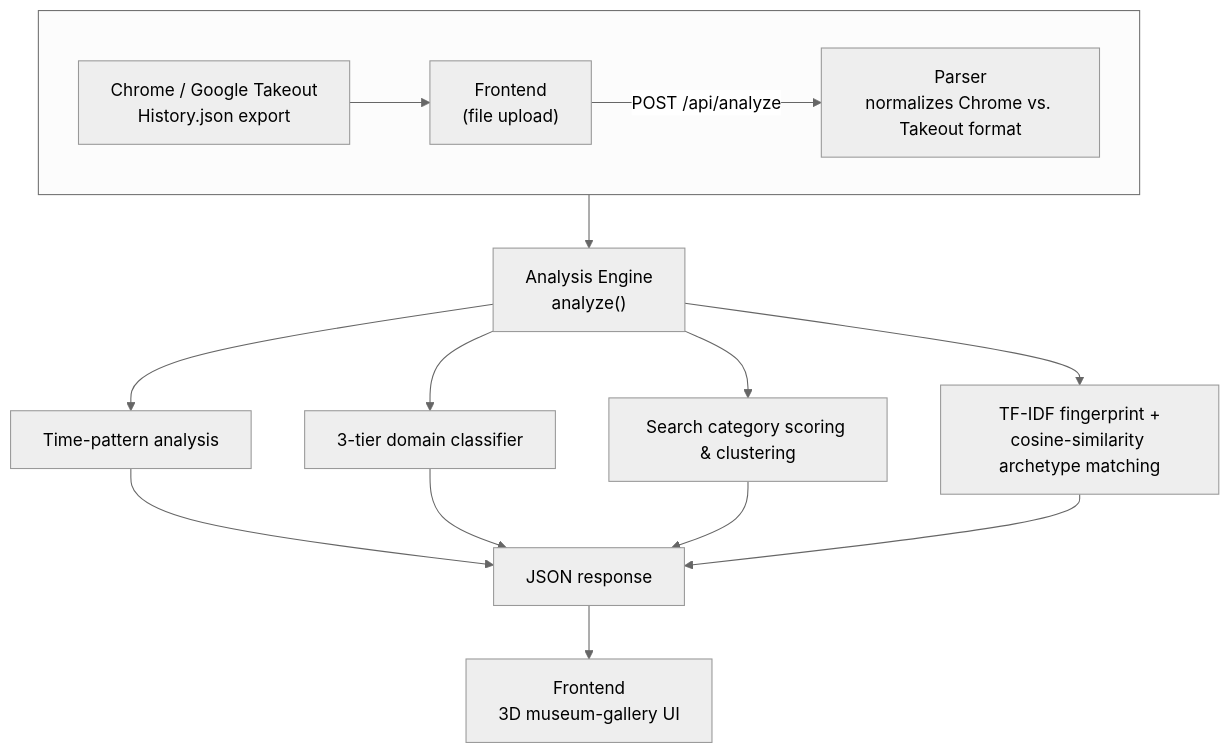
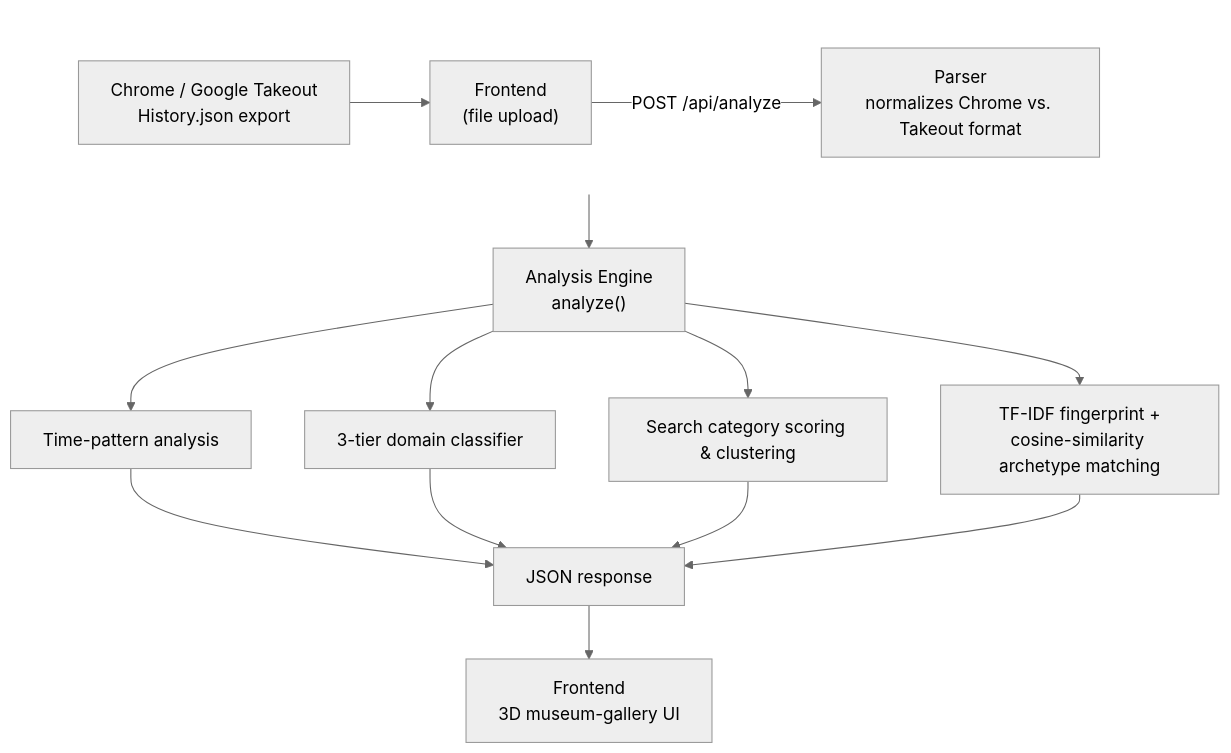
One commit to Divya-K2517/SearchWrapped changed the diagram in README.md. Above: the diagram before and after it, drawn with Mermaid (neutral theme).

````diff
--- a/README.md
+++ b/README.md
@@ -34,22 +34,24 @@
 ```mermaid
 graph TD
     subgraph Input[" "]
         direction LR
         A["Chrome / Google Takeout<br/>History.json export"] --> B["Frontend<br/>(file upload)"]
         B -->|"POST /api/analyze"| C["Parser<br/>normalizes Chrome vs. Takeout format"]
     end
  
     C --> D["Analysis Engine<br/>analyze()"]
  
     D --> D1["Time-pattern analysis"]
     D --> D2["3-tier domain classifier"]
     D --> D3["Search category scoring & clustering"]
     D --> D4["TF-IDF fingerprint +<br/>cosine-similarity archetype matching"]
  
     D1 --> E["JSON response"]
     D2 --> E
     D3 --> E
     D4 --> E
  
     E --> F["Frontend<br/>3D museum-gallery UI"]
+
+    style Input fill:none,stroke:none
 ```
````
